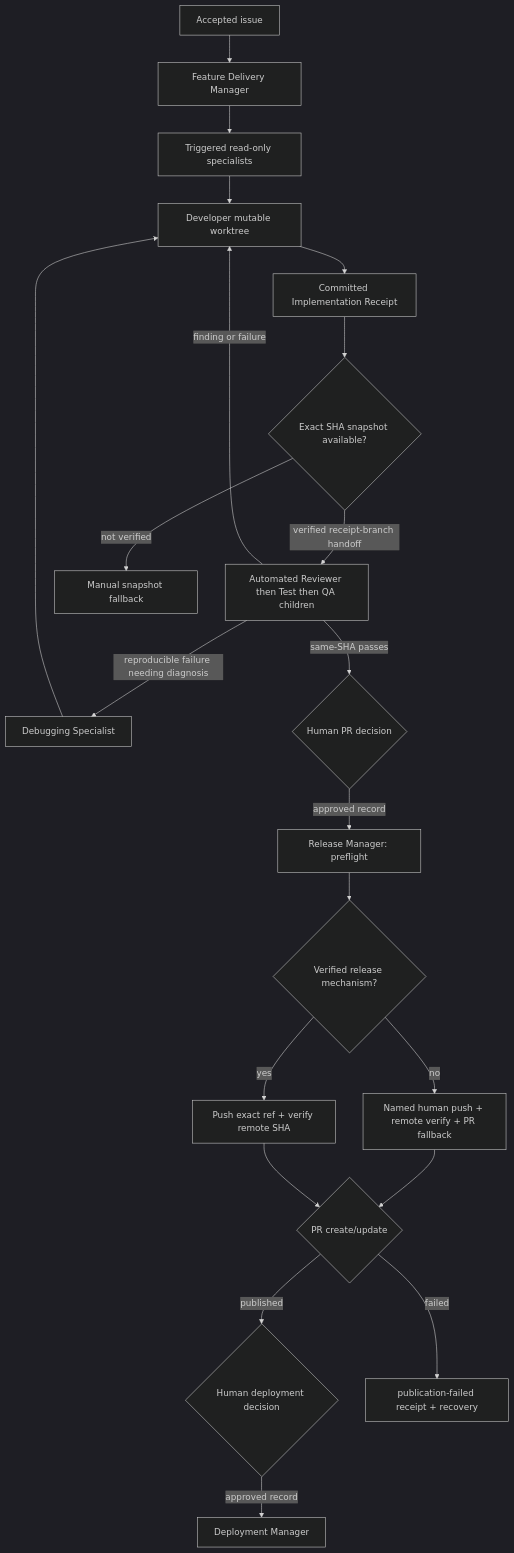
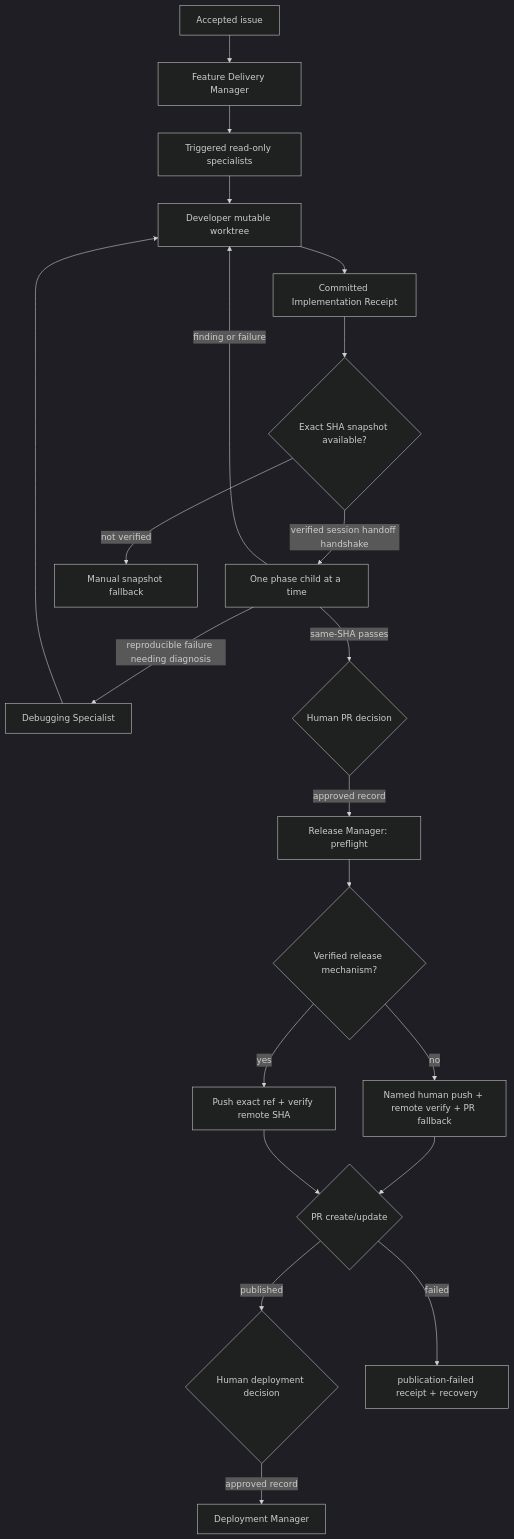
The diagram in docs/agents/feature-delivery-manager.md (lfarci/loganfarci.com), drawn with Mermaid (dark theme) before and after one commit. The commit also changed other lines of this file and 2 other files, not shown here.

Commit message:
fix(agents): harden phase session handoff

````diff
--- a/docs/agents/feature-delivery-manager.md
+++ b/docs/agents/feature-delivery-manager.md
@@ -229,23 +246,23 @@
 ```mermaid
 flowchart TD
     A[Accepted issue] --> M[Feature Delivery Manager]
     M --> S[Triggered read-only specialists]
     S --> D[Developer mutable worktree]
     D --> I[Committed Implementation Receipt]
     I --> V{Exact SHA snapshot available?}
-    V -->|verified receipt-branch handoff| R[Automated Reviewer then Test then QA children]
+    V -->|verified session handoff handshake| R[One phase child at a time]
     V -->|not verified| F[Manual snapshot fallback]
     R -->|reproducible failure needing diagnosis| B[Debugging Specialist]
     B --> D
     R -->|finding or failure| D
     R -->|same-SHA passes| P{Human PR decision}
     P -->|approved record| L[Release Manager: preflight]
     L --> U{Verified release mechanism?}
     U -->|no| H[Named human push + remote verify + PR fallback]
     U -->|yes| W[Push exact ref + verify remote SHA]
     H --> Z{Release receipt?}
     W --> Z{PR create/update}
     Z -->|published| Q{Human deployment decision}
     Z -->|failed| F2[publication-failed receipt + recovery]
     Q -->|approved record| X[Deployment Manager]
 ```
````
